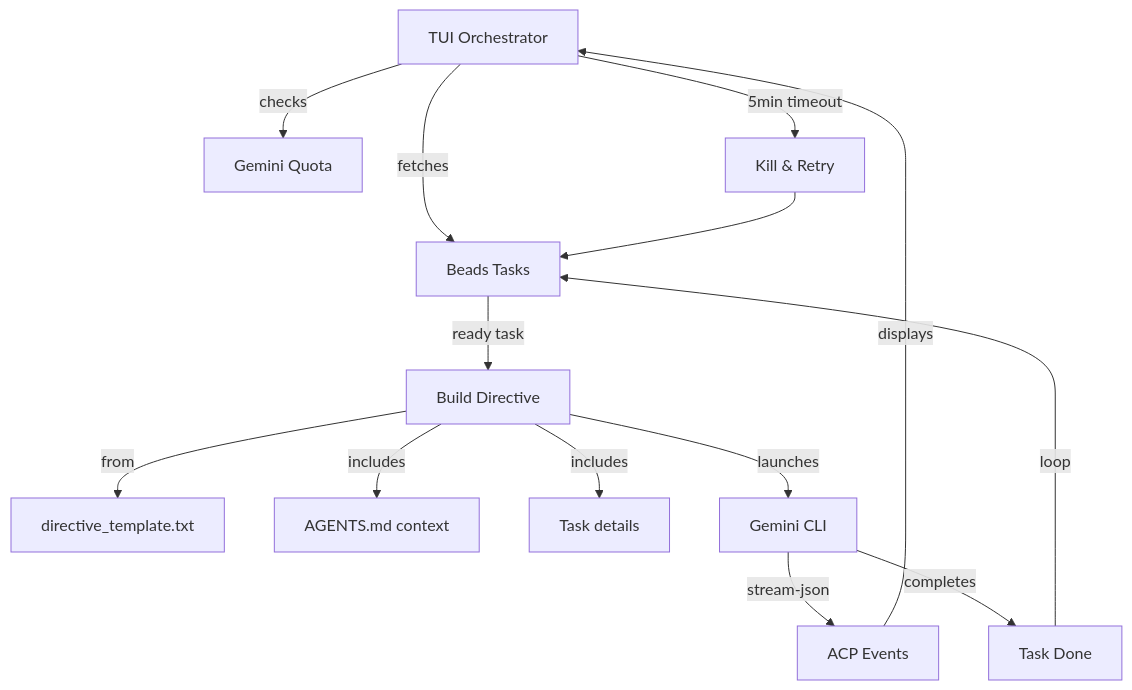
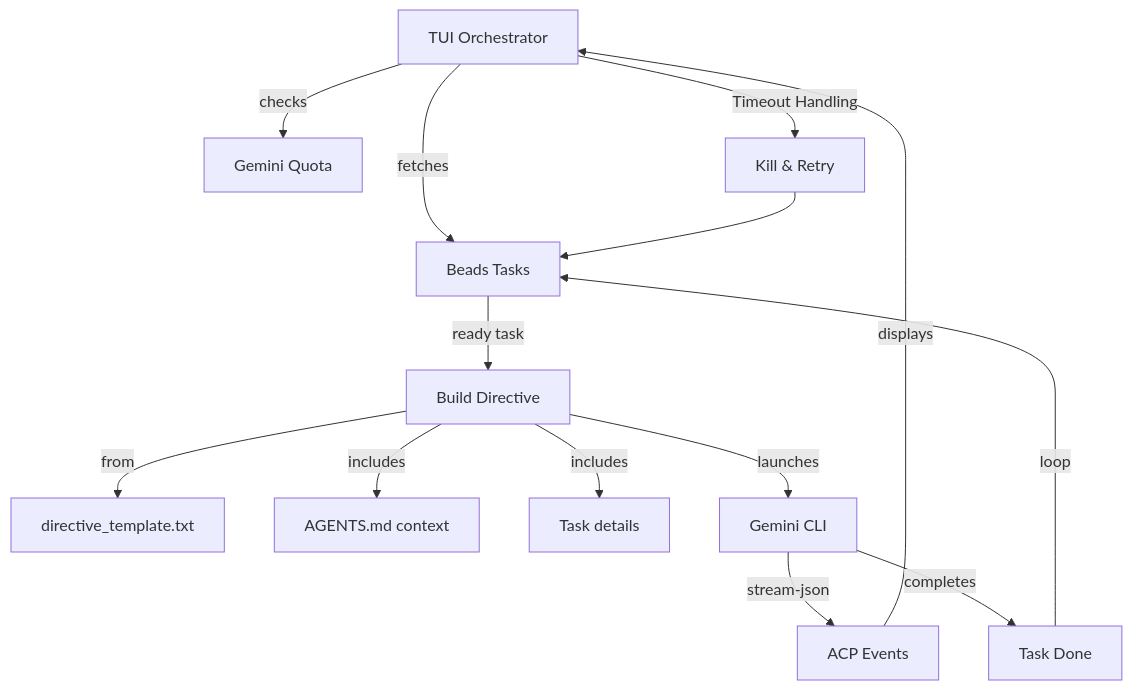
Before and after one commit to bryantinsley/machinator: the diagram in README.md, drawn with Mermaid. The commit also changed other lines of this file and 17 other files, not shown here.

````diff
--- a/README.md
+++ b/README.md
@@ -53,20 +54,20 @@
 ```mermaid
 graph TD
     A[TUI Orchestrator] -->|fetches| B[Beads Tasks]
     A -->|checks| C[Gemini Quota]
 
     B -->|ready task| D[Build Directive]
     D -->|from| E[directive_template.txt]
     D -->|includes| F[AGENTS.md context]
     D -->|includes| G[Task details]
 
     D -->|launches| H[Gemini CLI]
     H -->|stream-json| I[ACP Events]
     I -->|displays| A
 
     H -->|completes| J[Task Done]
     J -->|loop| B
 
-    A -->|5min timeout| K[Kill & Retry]
+    A -->|Timeout Handling| K[Kill & Retry]
     K --> B
 ```
````
